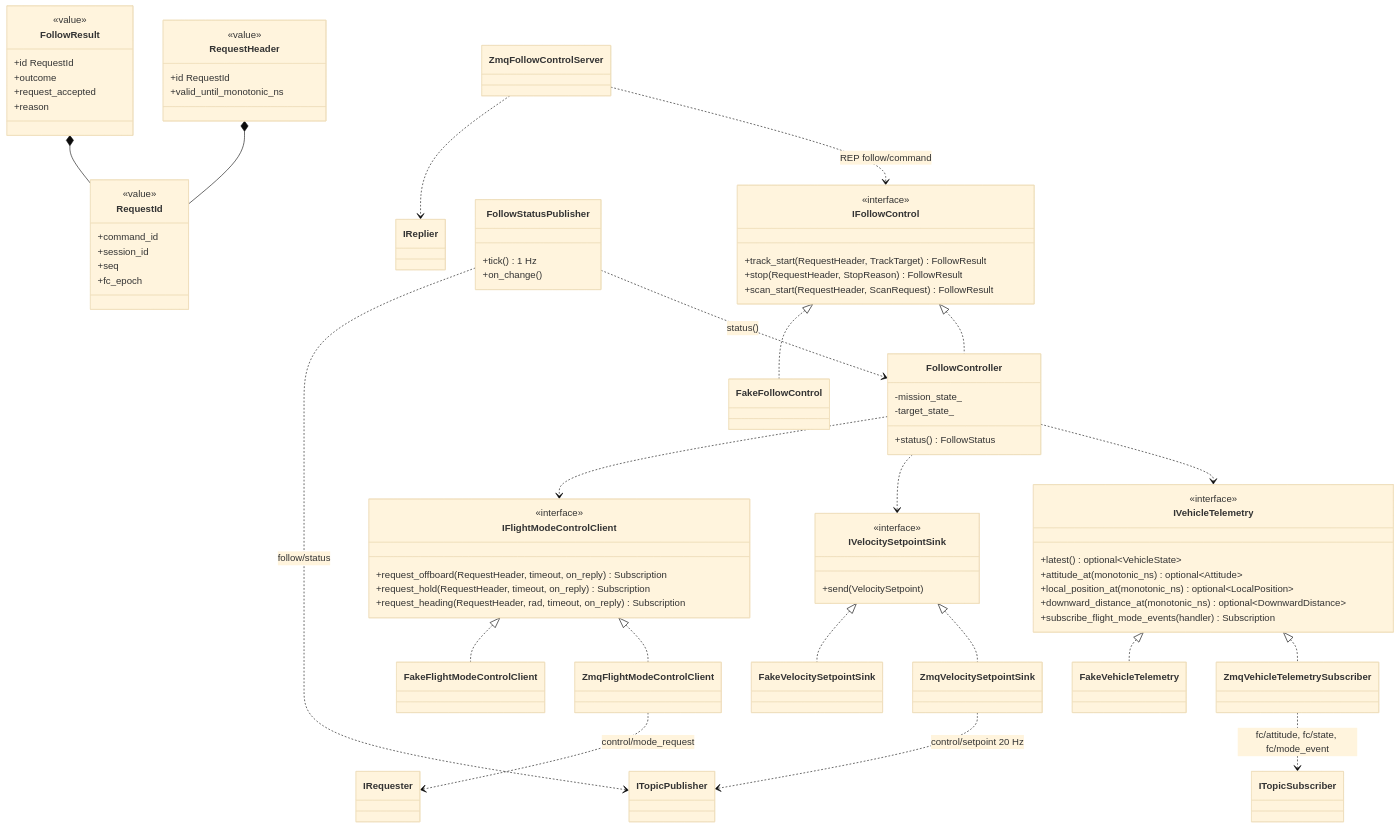
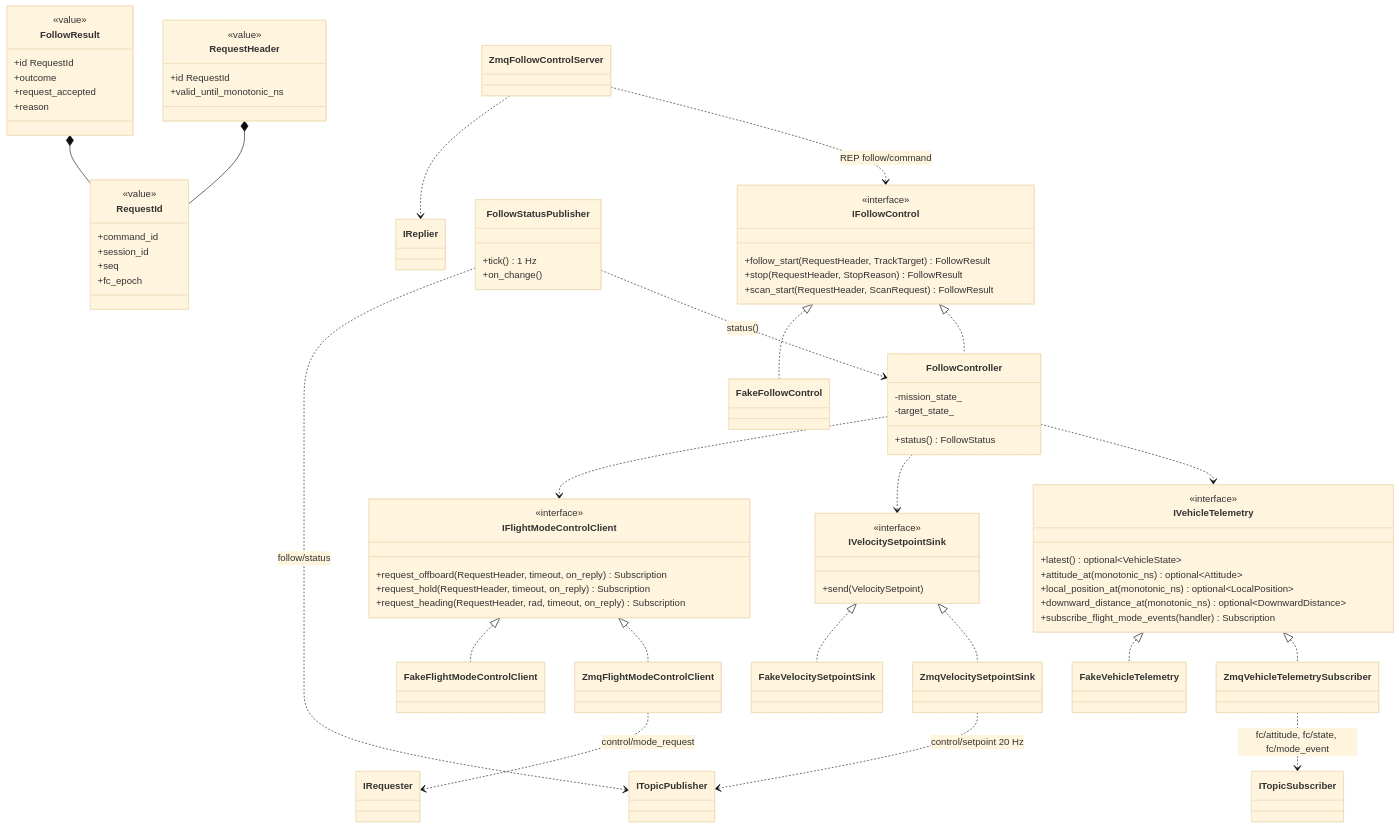
The diagram in docs/design/uml/class_follow.md (lig-argus/argus-edge-vision), drawn with Mermaid (base theme) before and after one commit. The commit also changed 17 other files, not shown here.

```diff
--- a/docs/design/uml/class_follow.md
+++ b/docs/design/uml/class_follow.md
@@ -29,7 +29,7 @@
     }
     class IFollowControl {
         <<interface>>
-        +track_start(RequestHeader, TrackTarget) FollowResult
+        +follow_start(RequestHeader, TrackTarget) FollowResult
         +stop(RequestHeader, StopReason) FollowResult
         +scan_start(RequestHeader, ScanRequest) FollowResult
     }
```
